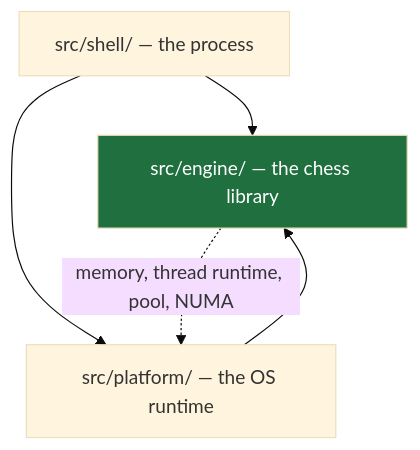
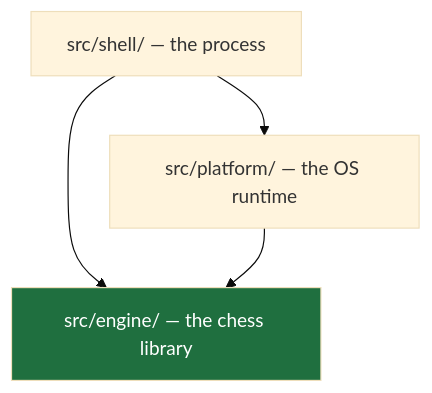
One commit to ppigazzini/mcfish changed the first of 2 diagrams in docs/00-architecture.md. Above: the diagram before and after it, drawn with Mermaid (base theme). The commit also changed other lines of this file and 14 other files, not shown here.

````diff
--- a/docs/00-architecture.md
+++ b/docs/00-architecture.md
@@ -31,13 +31,11 @@
 ```mermaid
 flowchart TD
     shell["src/shell/ — the process"]
     platform["src/platform/ — the OS runtime"]
     engine["src/engine/ — the chess library"]
 
     shell --> engine
     shell --> platform
     platform --> engine
-    engine -.->|"memory, thread runtime, pool, NUMA"| platform
-
     style engine fill:#1f6f3f,color:#fff
 ```
````
